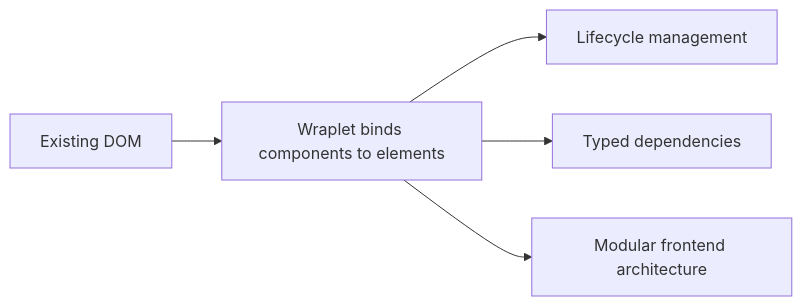
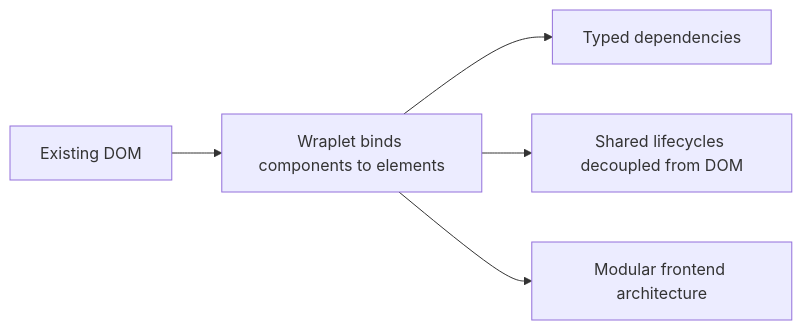
The diagram in docs/1-getting-started/1-what-is-wraplet/0-intro.mdx (wraplet/docs), drawn with Mermaid before and after one commit. The commit also changed other lines of this file and 15 other files, not shown here.

````diff
--- a/docs/1-getting-started/1-what-is-wraplet/0-intro.mdx
+++ b/docs/1-getting-started/1-what-is-wraplet/0-intro.mdx
@@ -29,7 +19,7 @@
 ```mermaid
 flowchart LR
     A[Existing DOM] --> B[Wraplet binds components to elements]
-    B --> C[Lifecycle management]
-    B --> D[Typed dependencies]
+    B --> C[Typed dependencies]
+    B --> D[Shared lifecycles decoupled from DOM]
     B --> E[Modular frontend architecture]
 ```
````
